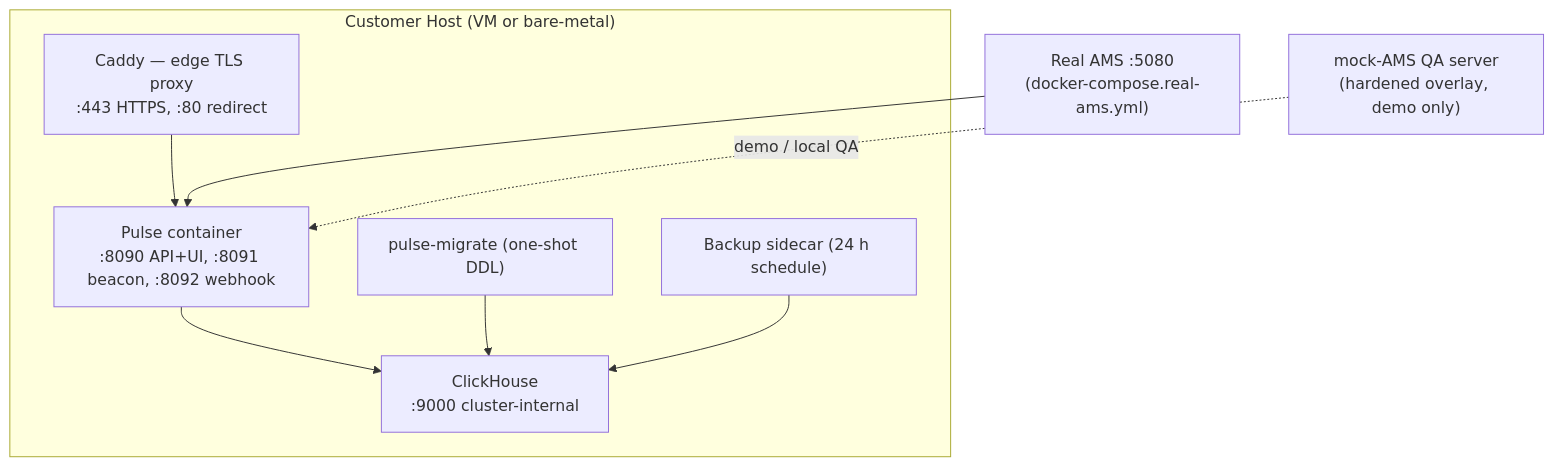
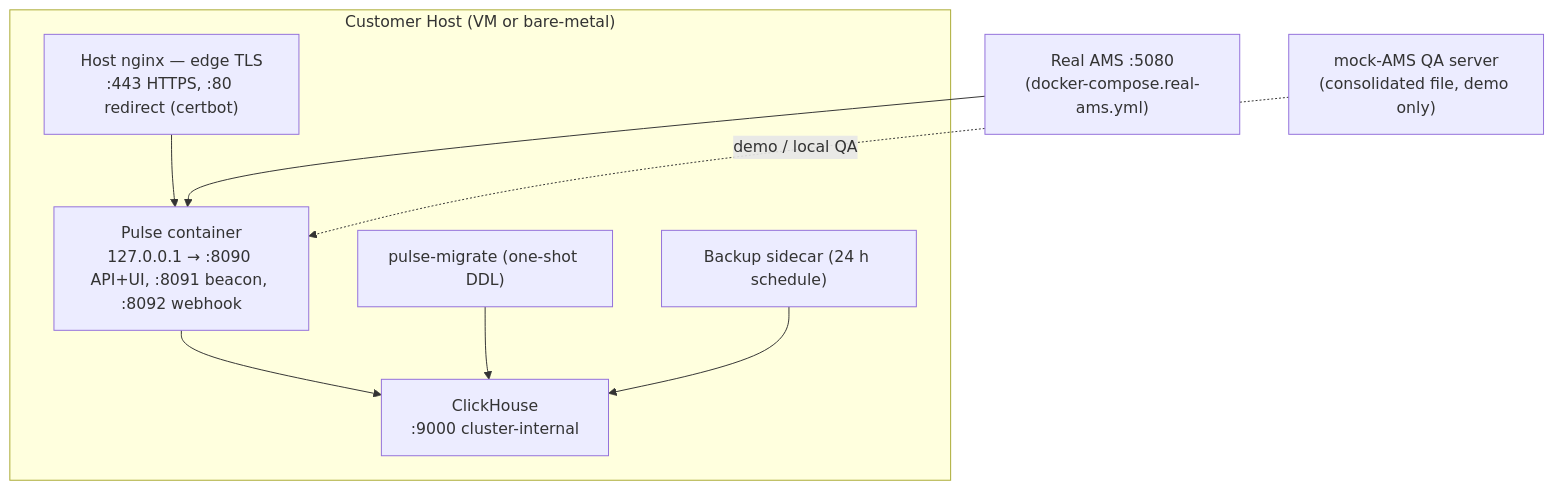
The second of 3 diagrams in docs/overview.md (aytekXR/ams-pulse), drawn with Mermaid before and after one commit. The commit also changed other lines of this file and 13 other files, not shown here.

First line of the commit message:
docs(D-163): §S99 — reconcile living docs with the Caddy→nginx edge cutover (#199) (#200)

````diff
--- a/docs/overview.md
+++ b/docs/overview.md
@@ -110,20 +112,20 @@
 ```mermaid
 flowchart TB
     subgraph HOST["Customer Host (VM or bare-metal)"]
-        CADDY["Caddy — edge TLS proxy\n:443 HTTPS, :80 redirect"]
-        PULSE["Pulse container\n:8090 API+UI, :8091 beacon, :8092 webhook"]
+        NGINX["Host nginx — edge TLS\n:443 HTTPS, :80 redirect (certbot)"]
+        PULSE["Pulse container\n127.0.0.1 → :8090 API+UI, :8091 beacon, :8092 webhook"]
         CH2["ClickHouse\n:9000 cluster-internal"]
         MIG["pulse-migrate (one-shot DDL)"]
         BK["Backup sidecar (24 h schedule)"]
     end
 
     REALAMS["Real AMS :5080\n(docker-compose.real-ams.yml)"]
-    MOCKAMS["mock-AMS QA server\n(hardened overlay, demo only)"]
+    MOCKAMS["mock-AMS QA server\n(consolidated file, demo only)"]
 
-    CADDY --> PULSE
+    NGINX --> PULSE
     PULSE --> CH2
     MIG --> CH2
     BK --> CH2
     REALAMS --> PULSE
     MOCKAMS -. "demo / local QA" .-> PULSE
 ```
````
